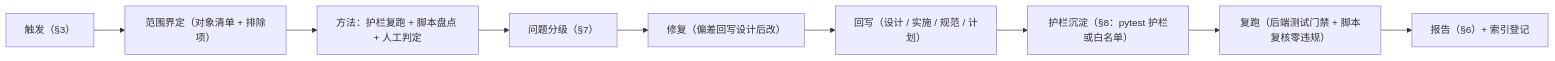
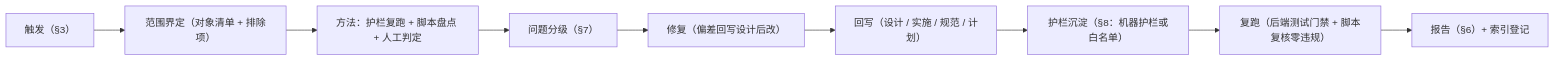
Before and after one commit to minjian123/basic-management-system: the diagram in bms文档/规范/后端审计规范.md, drawn with Mermaid. The commit also changed other lines of this file and 4 other files, not shown here.

````diff
--- a/bms文档/规范/后端审计规范.md
+++ b/bms文档/规范/后端审计规范.md
@@ -32,11 +32,11 @@
 ```mermaid
 flowchart LR
     A["触发（§3）"] --> B["范围界定（对象清单 + 排除项）"]
     B --> C["方法：护栏复跑 + 脚本盘点 + 人工判定"]
     C --> D["问题分级（§7）"]
     D --> E["修复（偏差回写设计后改）"]
     E --> F["回写（设计 / 实施 / 规范 / 计划）"]
-    F --> G["护栏沉淀（§8：pytest 护栏或白名单）"]
+    F --> G["护栏沉淀（§8：机器护栏或白名单）"]
     G --> H["复跑（后端测试门禁 + 脚本复核零违规）"]
     H --> I["报告（§6）+ 索引登记"]
 ```
````
